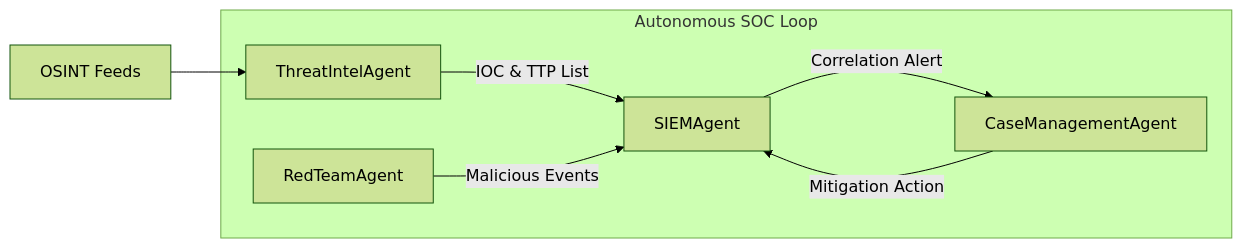
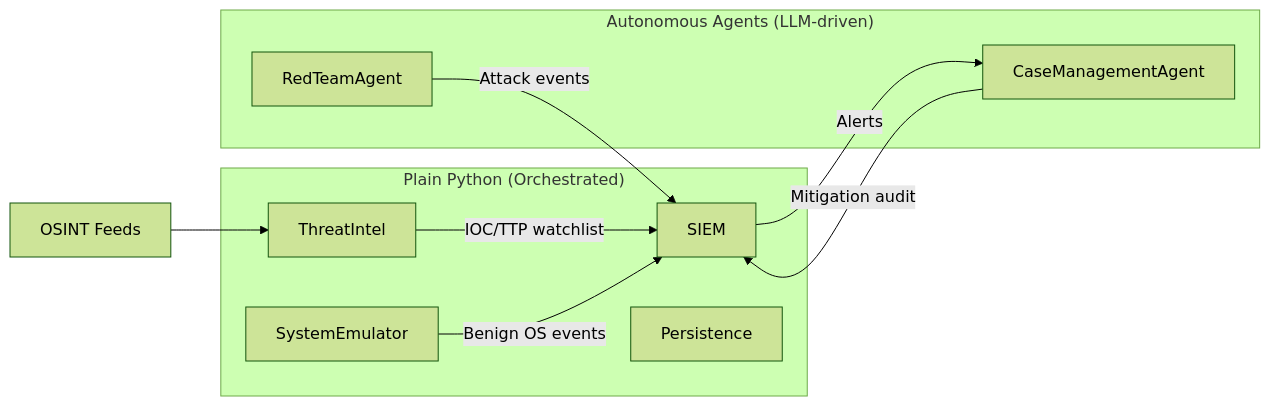
The first of 2 diagrams in docs/technical_specification.md (b-bogus/auto-soc), drawn with Mermaid (forest theme) before and after one commit. The commit also changed other lines of this file and 17 other files, not shown here.

Commit message:
feat: Implement initial project structure, core models, agents, and update technical specification to reflect the revised architecture.

````diff
--- a/docs/technical_specification.md
+++ b/docs/technical_specification.md
@@ -20,15 +21,20 @@
 ```mermaid
 flowchart LR
-    subgraph "Autonomous SOC Loop"
-        RT["RedTeamAgent"]
-        TI["ThreatIntelAgent"]
-        SIEM["SIEMAgent"]
-        CM["CaseManagementAgent"]
+    subgraph "Plain Python (Orchestrated)"
+      TI["ThreatIntel"]
+      SE["SystemEmulator"]
+      SIEM["SIEM"]
+      P["Persistence"]
+    end
+    subgraph "Autonomous Agents (LLM-driven)"
+      RT["RedTeamAgent"]
+      CM["CaseManagementAgent"]
     end
 
     OSINT["OSINT Feeds"] --> TI
-    TI -- "IOC & TTP List" --> SIEM
-    RT -- "Malicious Events" --> SIEM
-    SIEM -- "Correlation Alert" --> CM
-    CM -- "Mitigation Action" --> SIEM
+    TI -- "IOC/TTP watchlist" --> SIEM
+    SE -- "Benign OS events" --> SIEM
+    RT -- "Attack events" --> SIEM
+    SIEM -- "Alerts" --> CM
+    CM -- "Mitigation audit" --> SIEM
 ```
````
